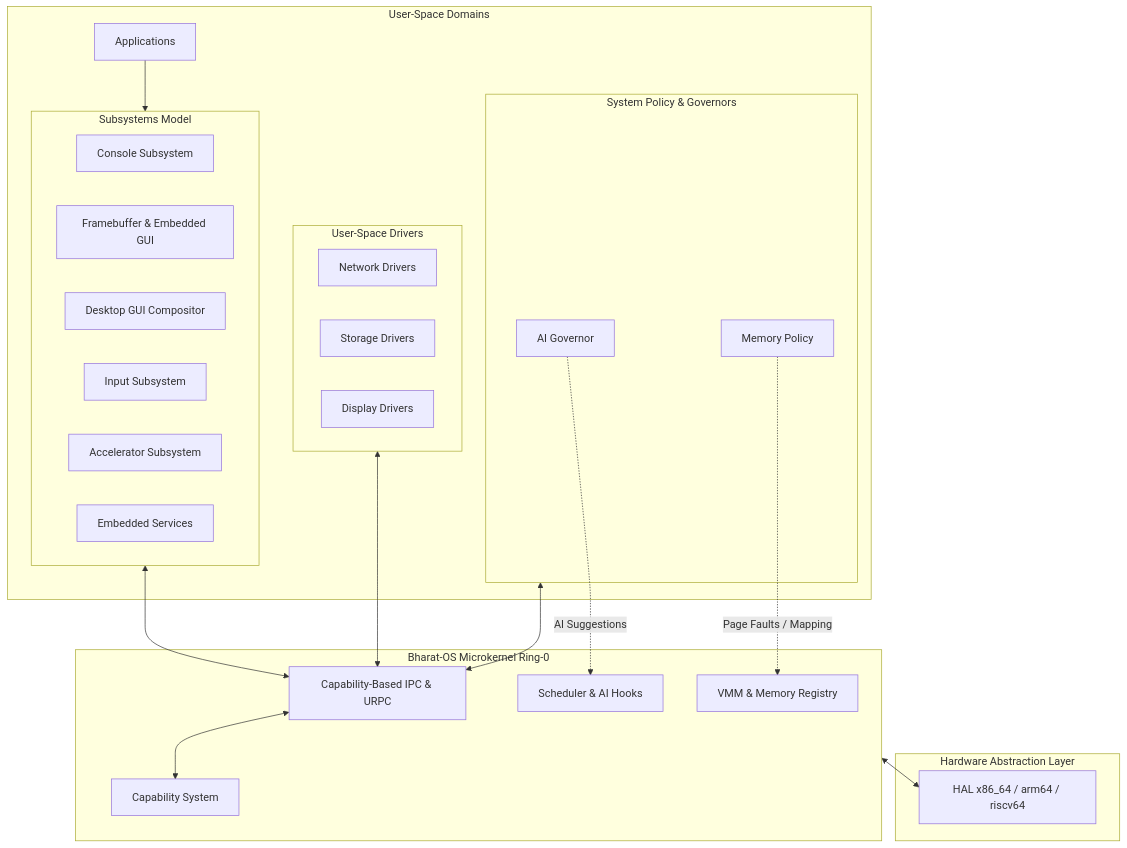
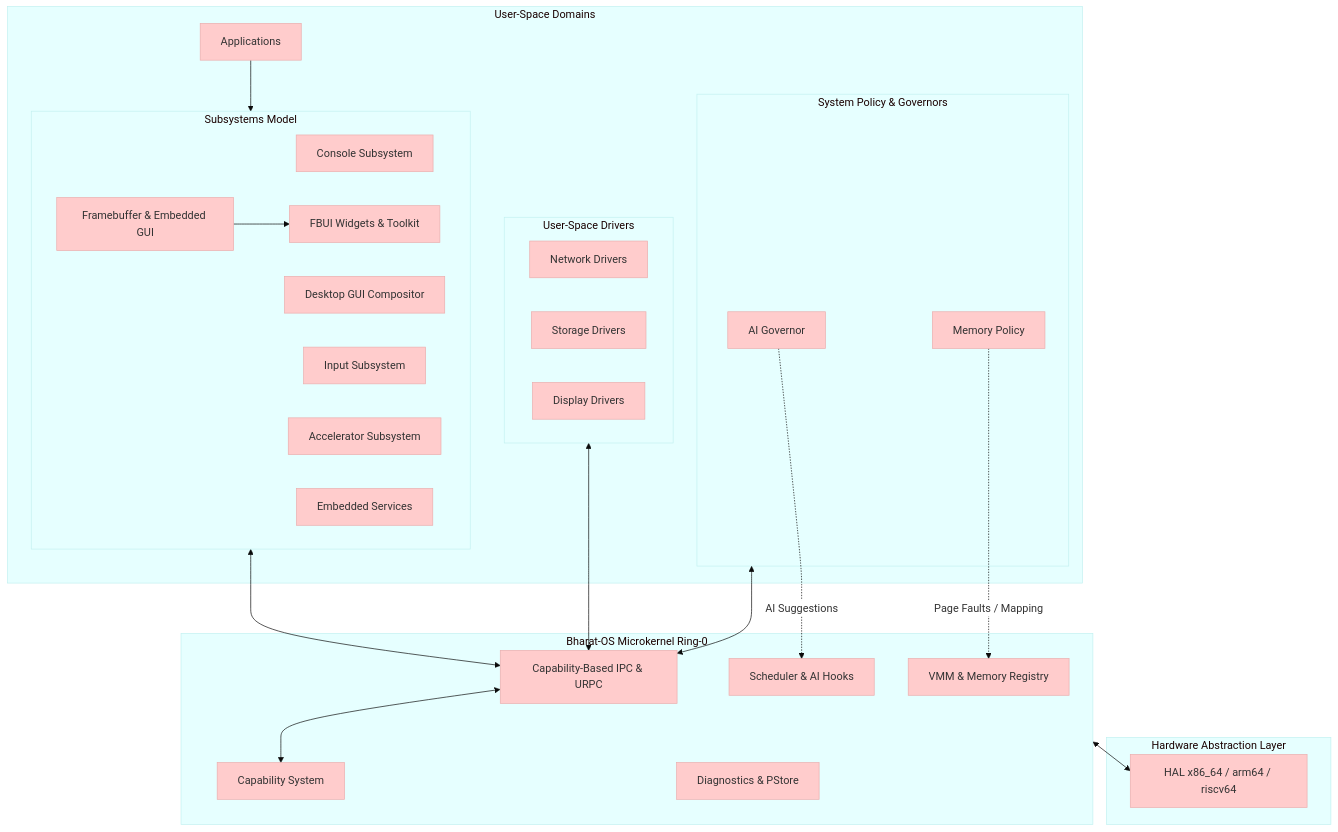
The first of 7 diagrams in README.md (CloudCarpentry/Bharat-OS), drawn with Mermaid before and after one commit. The commit also changed other lines of this file and 3 other files, not shown here.

First line of the commit message:
docs: update README, ADRs, and architecture docs for structured panics and FBUI

````diff
--- a/README.md
+++ b/README.md
@@ -40,50 +41,54 @@
 ```mermaid
+%%{init: {'theme': 'base', 'themeVariables': { 'primaryColor': '#ffcccc', 'edgeLabelBackground':'#ffffff'}}}%%
 graph TD
     subgraph UserSpace [User-Space Domains]
         subgraph Subsystems [Subsystems Model]
             Console[Console Subsystem]
             FB[Framebuffer & Embedded GUI]
+            FBUI[FBUI Widgets & Toolkit]
             Desktop[Desktop GUI Compositor]
             Input[Input Subsystem]
             Accel[Accelerator Subsystem]
             EmbedServ[Embedded Services]
         end
 
         subgraph Drivers [User-Space Drivers]
             NetworkDriver[Network Drivers]
             StorageDriver[Storage Drivers]
             DisplayDriver[Display Drivers]
         end
 
         subgraph Policy [System Policy & Governors]
             AIGov[AI Governor]
             MemPolicy[Memory Policy]
         end
 
         App[Applications]
     end
 
     subgraph Microkernel [Bharat-OS Microkernel Ring-0]
         IPC[Capability-Based IPC & URPC]
         Sched[Scheduler & AI Hooks]
         VMM[VMM & Memory Registry]
         Cap[Capability System]
+        Diag[Diagnostics & PStore]
     end
 
     subgraph Hardware [Hardware Abstraction Layer]
         HAL[HAL x86_64 / arm64 / riscv64]
     end
 
     %% Relationships
     App --> Subsystems
     Subsystems <--> IPC
+    FB --> FBUI
     Drivers <--> IPC
     Policy <--> IPC
 
     AIGov -.->|AI Suggestions| Sched
     MemPolicy -.->|Page Faults / Mapping| VMM
 
     IPC <--> Cap
 
     Microkernel <--> HAL
 ```
````
